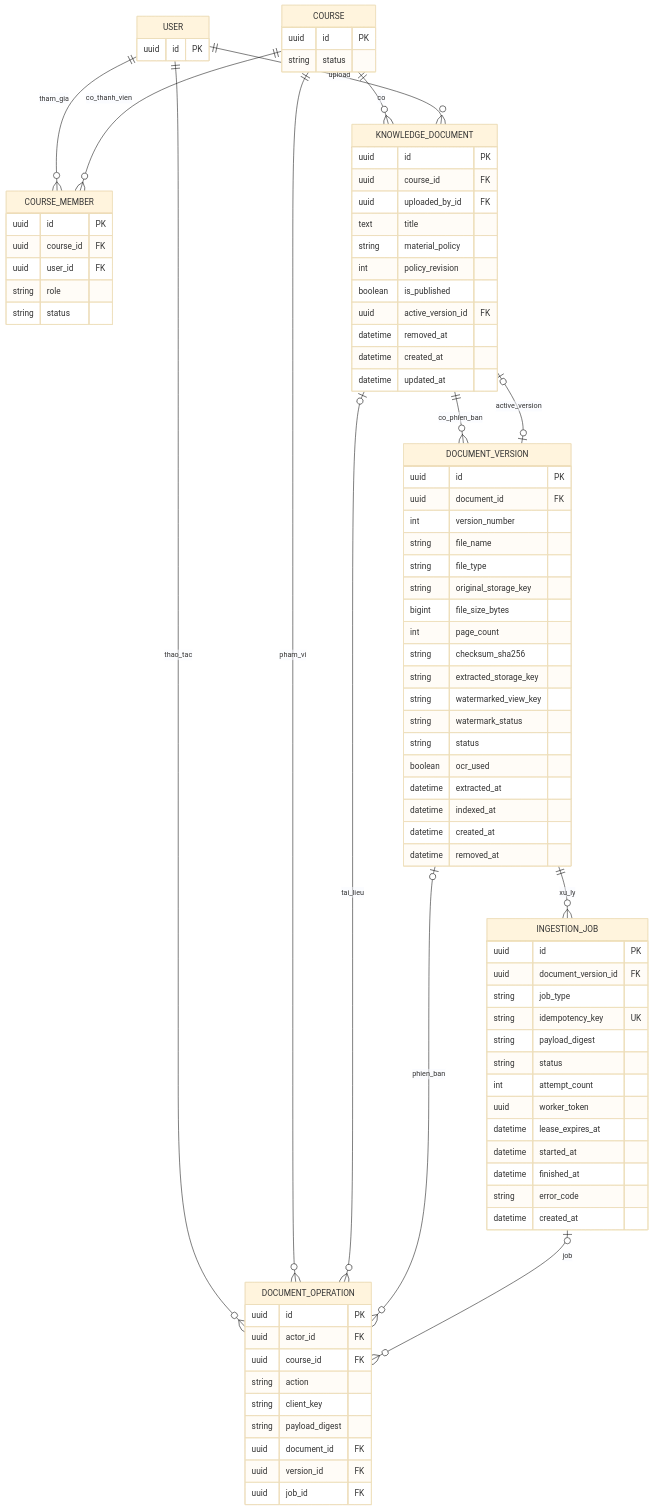
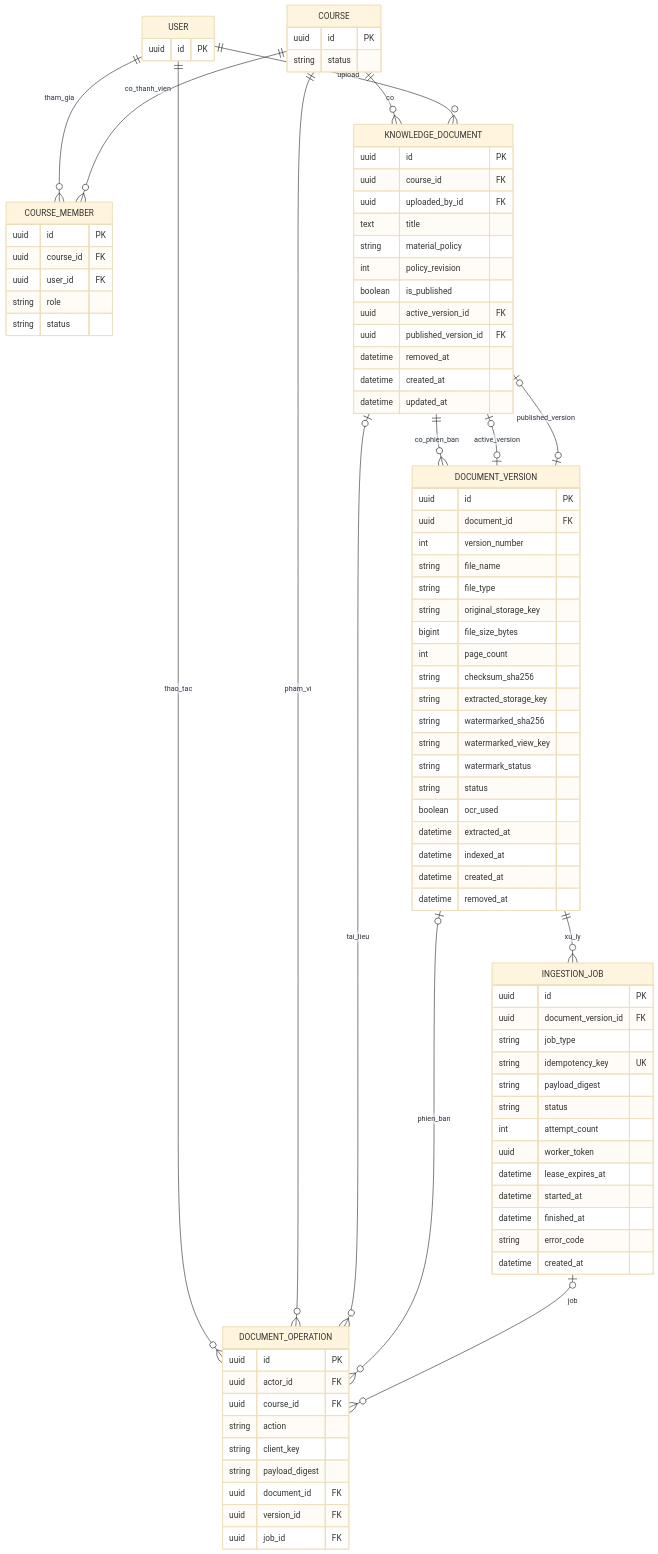
Before and after one commit to CuongTT-04/smart-lms-rag: the diagram in docs/design/w2-document-erd.md, drawn with Mermaid (base theme). The commit also changed other lines of this file and 84 other files, not shown here.

```diff
--- a/docs/design/w2-document-erd.md
+++ b/docs/design/w2-document-erd.md
@@ -16,6 +16,7 @@
     DOCUMENT_VERSION o|--o{ DOCUMENT_OPERATION : phien_ban
     INGESTION_JOB o|--o{ DOCUMENT_OPERATION : job
     KNOWLEDGE_DOCUMENT o|--o| DOCUMENT_VERSION : active_version
+    KNOWLEDGE_DOCUMENT o|--o| DOCUMENT_VERSION : published_version
     USER {
         uuid id PK
     }
@@ -39,6 +40,7 @@
         int policy_revision
         boolean is_published
         uuid active_version_id FK
+        uuid published_version_id FK
         datetime removed_at
         datetime created_at
         datetime updated_at
@@ -54,6 +56,7 @@
         int page_count
         string checksum_sha256
         string extracted_storage_key
+        string watermarked_sha256
         string watermarked_view_key
         string watermark_status
         string status
```
